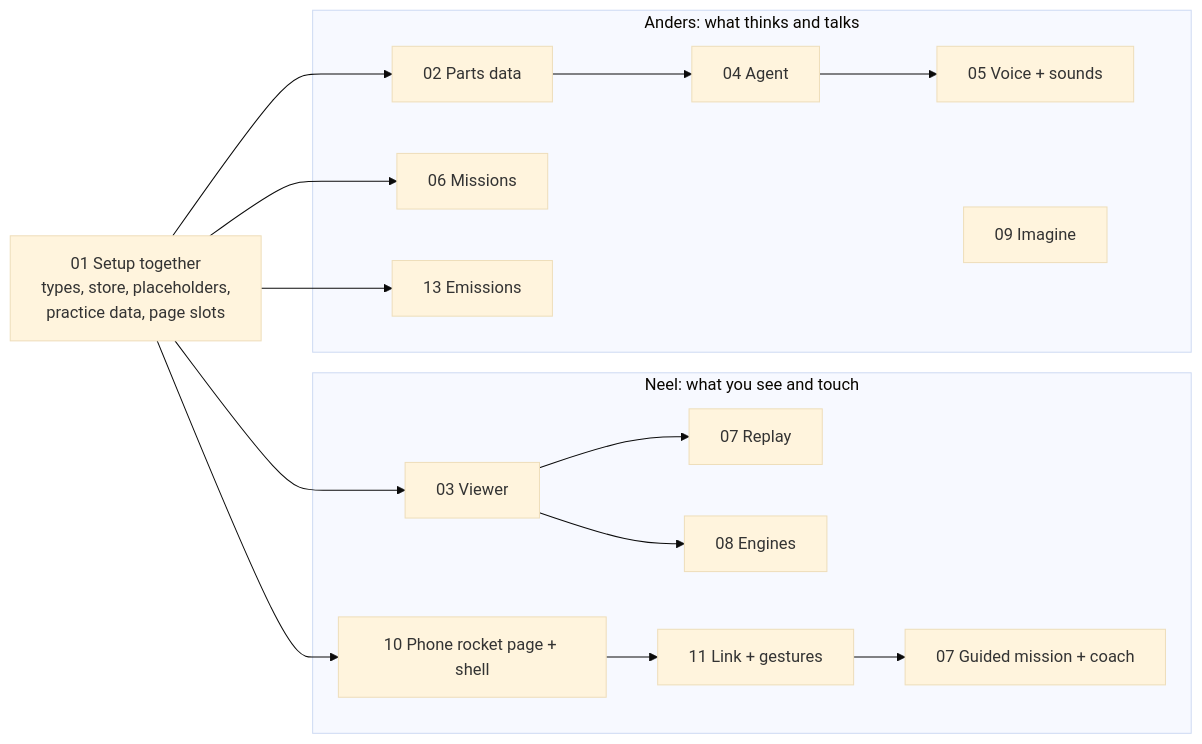
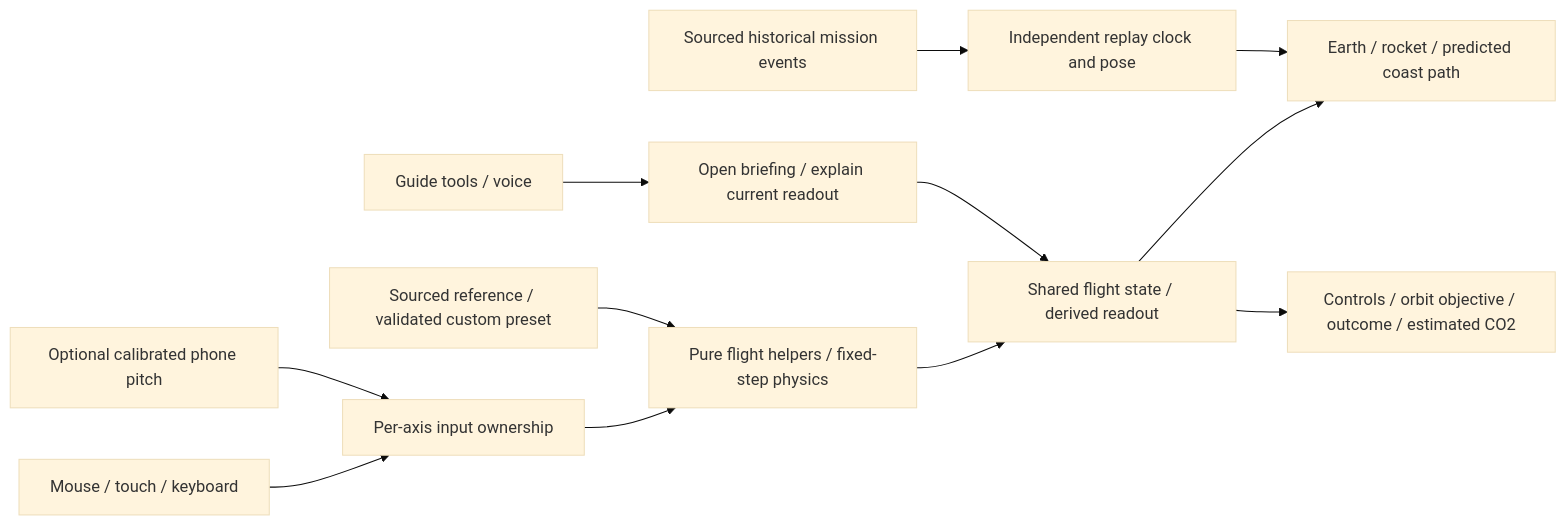
Before and after one commit to NPX2218/teardown: the diagram in docs/GUIDE.md, drawn with Mermaid (base theme). The commit also changed other lines of this file and 27 other files, not shown here.

Commit message:
docs: finalize orbital mission plans and phone controller scope

````diff
--- a/docs/GUIDE.md
+++ b/docs/GUIDE.md
@@ -97,21 +21,14 @@
 ```mermaid
 flowchart LR
-  S[01 Setup together<br/>types, store, placeholders,<br/>practice data, page slots]
-  subgraph A["Neel: what you see and touch"]
-    A1[03 Viewer] --> A2[07 Replay]
-    A1 --> A3[08 Engines]
-    A4[10 Phone rocket page + shell] --> A5[11 Link + gestures]
-    A5 --> A6[07 Guided mission + coach]
-  end
-  subgraph B["Anders: what thinks and talks"]
-    B1[02 Parts data] --> B2[04 Agent] --> B3[05 Voice + sounds]
-    B4[06 Missions]
-    B5[09 Imagine]
-    B6[13 Emissions]
-  end
-  S --> A1
-  S --> A4
-  S --> B1
-  S --> B4
-  S --> B6
+  Local[Mouse / touch / keyboard] --> Input[Per-axis input ownership]
+  Phone[Optional calibrated phone pitch] --> Input
+  Input --> Flight[Pure flight helpers / fixed-step physics]
+  Scenario[Sourced reference / validated custom preset] --> Flight
+  Flight --> Store[Shared flight state / derived readout]
+  Store --> Scene[Earth / rocket / predicted coast path]
+  Store --> HUD[Controls / orbit objective / outcome / estimated CO2]
+  History[Sourced historical mission events] --> Replay[Independent replay clock and pose]
+  Replay --> Scene
+  Guide[Guide tools / voice] --> Brief[Open briefing / explain current readout]
+  Brief --> Store
 ```
````
